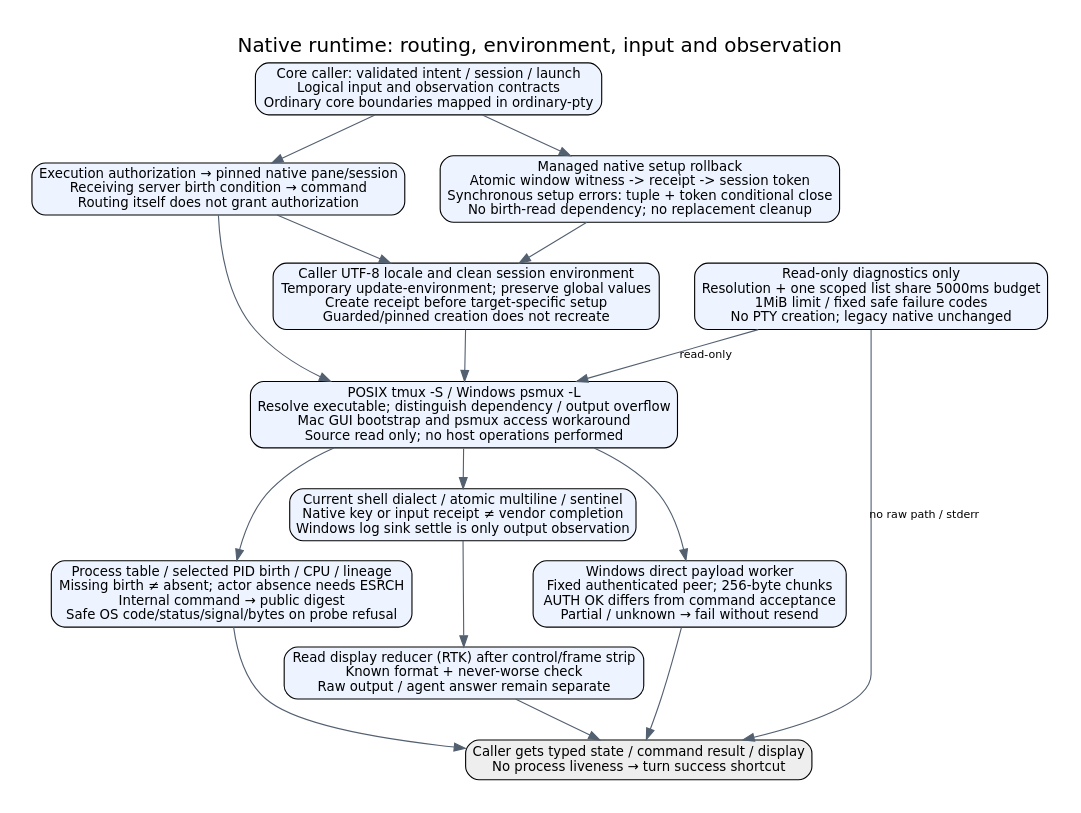
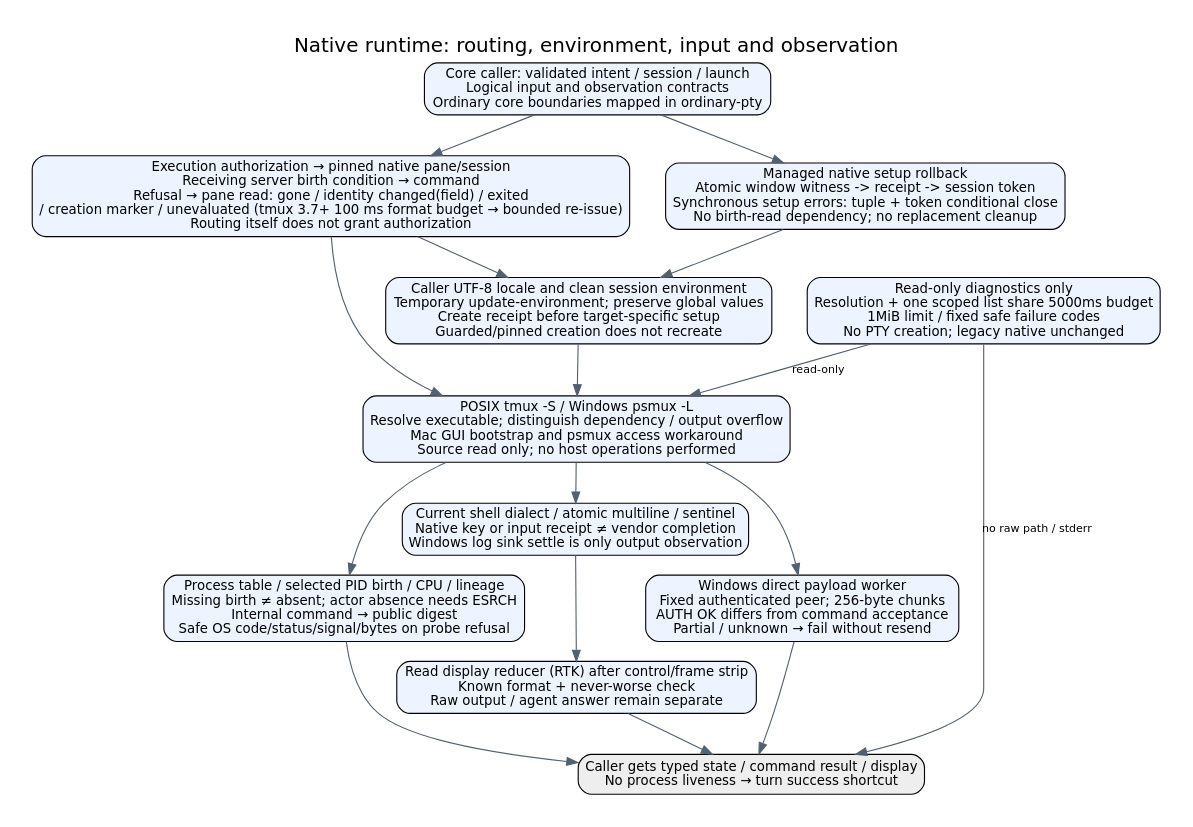
Before and after one commit to kitepon/aiterm-mcp: the diagram in docs/architecture/native-runtime.dot, drawn with Graphviz. The commit also changed 8 other files, not shown here.

First line of the commit message:
Tell a stalled tmux format apart from a refused native identity (macbook 19:47)

```diff
--- a/docs/architecture/native-runtime.dot
+++ b/docs/architecture/native-runtime.dot
@@ -1,19 +1,19 @@
 digraph native_runtime {
  graph [rankdir=TB,bgcolor="white",pad=0.3,nodesep=0.45,ranksep=0.5,label="Native runtime: routing, environment, input and observation",labelloc=t,fontname="DejaVu Sans",fontsize=18];
  node [shape=box,style="rounded,filled",fillcolor="#edf4ff",fontname="DejaVu Sans",fontsize=12]; edge [fontname="DejaVu Sans",fontsize=10,color="#536070"];
  core [label="Core caller: validated intent / session / launch\nLogical input and observation contracts\nOrdinary core boundaries mapped in ordinary-pty"];
- gate [label="Execution authorization → pinned native pane/session\nReceiving server birth condition → command\nRouting itself does not grant authorization"];
+ gate [label="Execution authorization → pinned native pane/session\nReceiving server birth condition → command\nRefusal → pane read: gone / identity changed(field) / exited\n/ creation marker / unevaluated (tmux 3.7+ 100 ms format budget → bounded re-issue)\nRouting itself does not grant authorization"];
  env [label="Caller UTF-8 locale and clean session environment\nTemporary update-environment; preserve global values\nCreate receipt before target-specific setup\nGuarded/pinned creation does not recreate"];
  backend [label="POSIX tmux -S / Windows psmux -L\nResolve executable; distinguish dependency / output overflow\nMac GUI bootstrap and psmux access workaround\nSource read only; no host operations performed"];
  worker [label="Windows direct payload worker\nFixed authenticated peer; 256-byte chunks\nAUTH OK differs from command acceptance\nPartial / unknown → fail without resend"];
  processes [label="Process table / selected PID birth / CPU / lineage\nMissing birth ≠ absent; actor absence needs ESRCH\nInternal command → public digest\nSafe OS code/status/signal/bytes on probe refusal"];
  shell [label="Current shell dialect / atomic multiline / sentinel\nNative key or input receipt ≠ vendor completion\nWindows log sink settle is only output observation"];
  display [label="Read display reducer (RTK) after control/frame strip\nKnown format + never-worse check\nRaw output / agent answer remain separate"];
  result [label="Caller gets typed state / command result / display\nNo process liveness → turn success shortcut",fillcolor="#eeeeee"];
  diagnostic [label="Read-only diagnostics only\nResolution + one scoped list share 5000ms budget\n1MiB limit / fixed safe failure codes\nNo PTY creation; legacy native unchanged"];
  diagnostic -> backend [label="read-only"];diagnostic -> result [label="no raw path / stderr"];
  setup [label="Managed native setup rollback\nAtomic window witness -> receipt -> session token\nSynchronous setup errors: tuple + token conditional close\nNo birth-read dependency; no replacement cleanup"];
  core -> setup;setup -> env;
  core -> gate;gate -> env;env -> backend;gate -> backend;backend -> worker;backend -> processes;backend -> shell;
  processes -> result;worker -> result;shell -> display;display -> result;
 }
```
